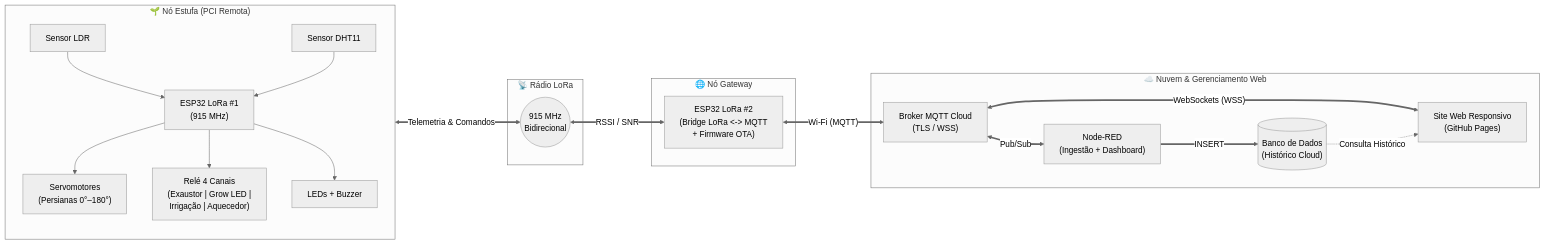
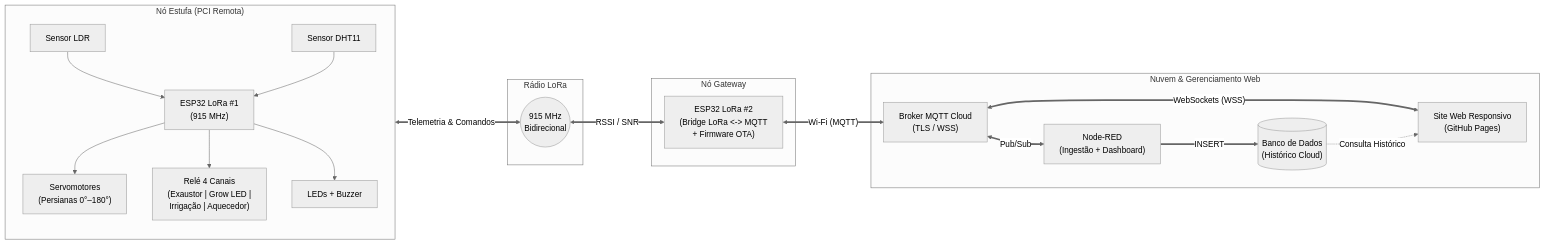
One commit to biancakimi/projeto-IOT changed the diagram in README.md. Above: the diagram before and after it, drawn with Mermaid (neutral theme). The commit also changed other lines of this file and 1 other file, not shown here.

````diff
--- a/README.md
+++ b/README.md
@@ -30,34 +48,34 @@
 ```mermaid
 flowchart LR
-    subgraph Estufa["🌱 Nó Estufa (PCI Remota)"]
+    subgraph Estufa["Nó Estufa (PCI Remota)"]
         direction TB
         LDR["Sensor LDR"] --> ESP_EST["ESP32 LoRa #1\n(915 MHz)"]
         DHT["Sensor DHT11"] --> ESP_EST
         ESP_EST --> SERVO["Servomotores\n(Persianas 0°–180°)"]
         ESP_EST --> RELE["Relé 4 Canais\n(Exaustor | Grow LED |\nIrrigação | Aquecedor)"]
         ESP_EST --> ALARME["LEDs + Buzzer"]
     end
 
-    subgraph Enlace["📡 Rádio LoRa"]
+    subgraph Enlace["Rádio LoRa"]
         RF(("915 MHz\nBidirecional"))
     end
 
-    subgraph Gateway["🌐 Nó Gateway"]
+    subgraph Gateway["Nó Gateway"]
         ESP_GW["ESP32 LoRa #2\n(Bridge LoRa <-> MQTT\n+ Firmware OTA)"]
     end
 
-    subgraph Cloud["☁️ Nuvem & Gerenciamento Web"]
+    subgraph Cloud["Nuvem & Gerenciamento Web"]
         BROKER["Broker MQTT Cloud\n(TLS / WSS)"]
         NODERED["Node-RED\n(Ingestão + Dashboard)"]
         DB[("Banco de Dados\n(Histórico Cloud)")]
         SITE["Site Web Responsivo\n(GitHub Pages)"]
     end
 
     ESP_EST <==>|"Telemetria & Comandos"| RF
     RF <==>|"RSSI / SNR"| ESP_GW
     ESP_GW <==>|"Wi-Fi (MQTT)"| BROKER
     BROKER <==>|"Pub/Sub"| NODERED
     NODERED ==>|"INSERT"| DB
     BROKER <==>|"WebSockets (WSS)"| SITE
     DB -.->|"Consulta Histórico"| SITE
 ```
````
